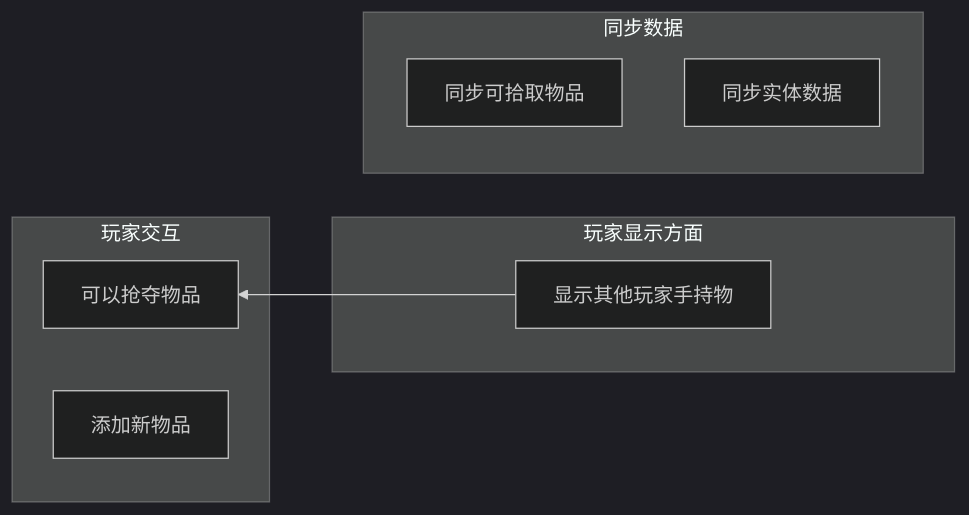
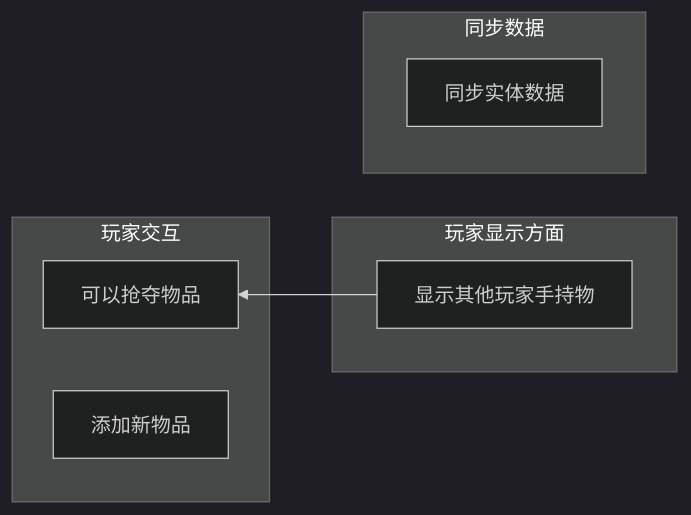
Before and after one commit to Shen-X-L/WKMultiMod: the diagram in README_CN.md, drawn with Mermaid (dark theme). The commit also changed other lines of this file and 25 other files, not shown here.

````diff
--- a/README_CN.md
+++ b/README_CN.md
@@ -18,22 +18,21 @@
 ```mermaid
 graph RL
     %% 模块 1:玩家显示方面
     subgraph 玩家显示方面
         1d[显示其他玩家手持物]
     end
 
     %% 模块 2:玩家交互
     subgraph 玩家交互
         2b[可以抢夺物品]
         2c[添加新物品]
     end
 
     %% 模块 3:同步数据
     subgraph 同步数据
-        3c[同步可拾取物品]
         3e[同步实体数据]
     end
 
     %% 依赖关系连接 (跨模块和模块内)
     1d --> 2b
 ```
````
